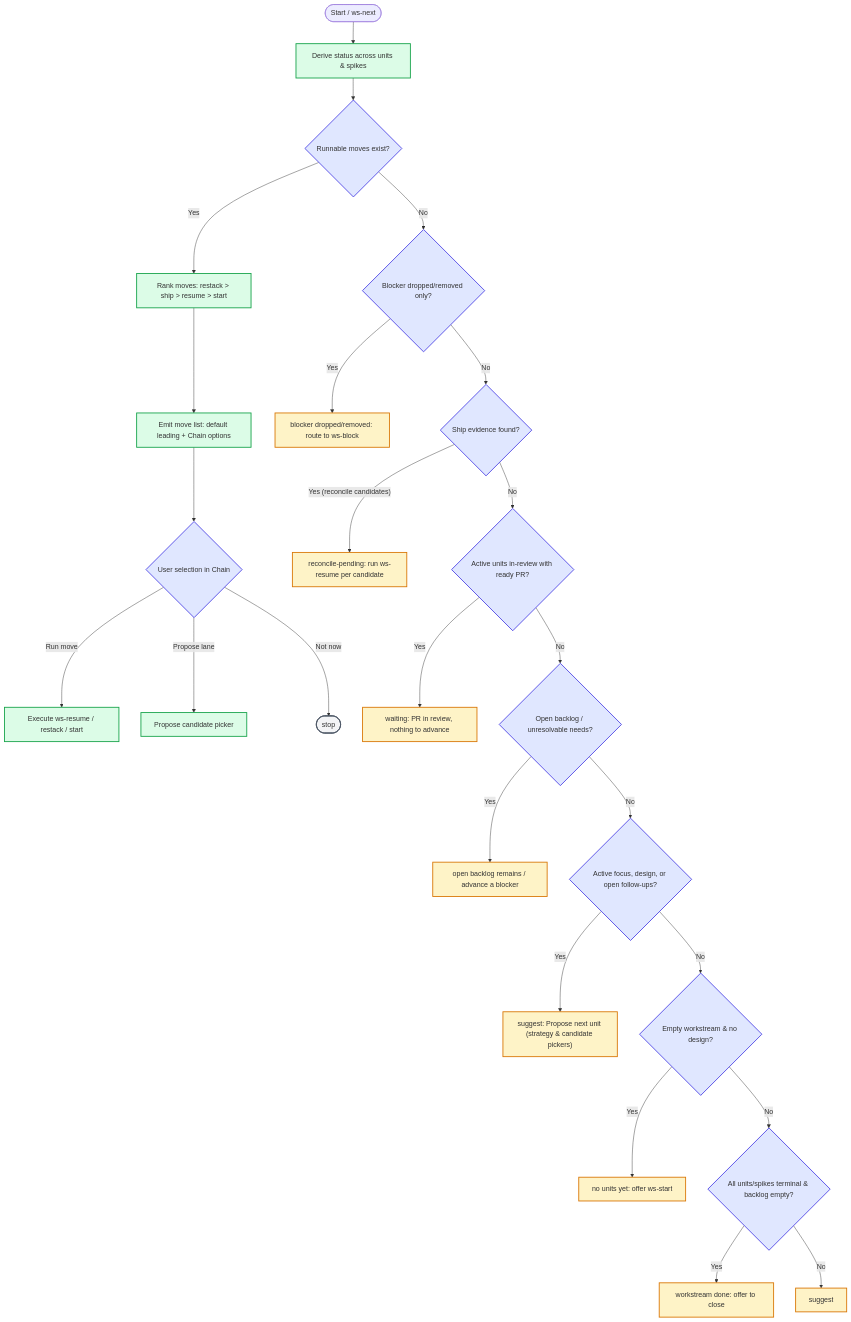
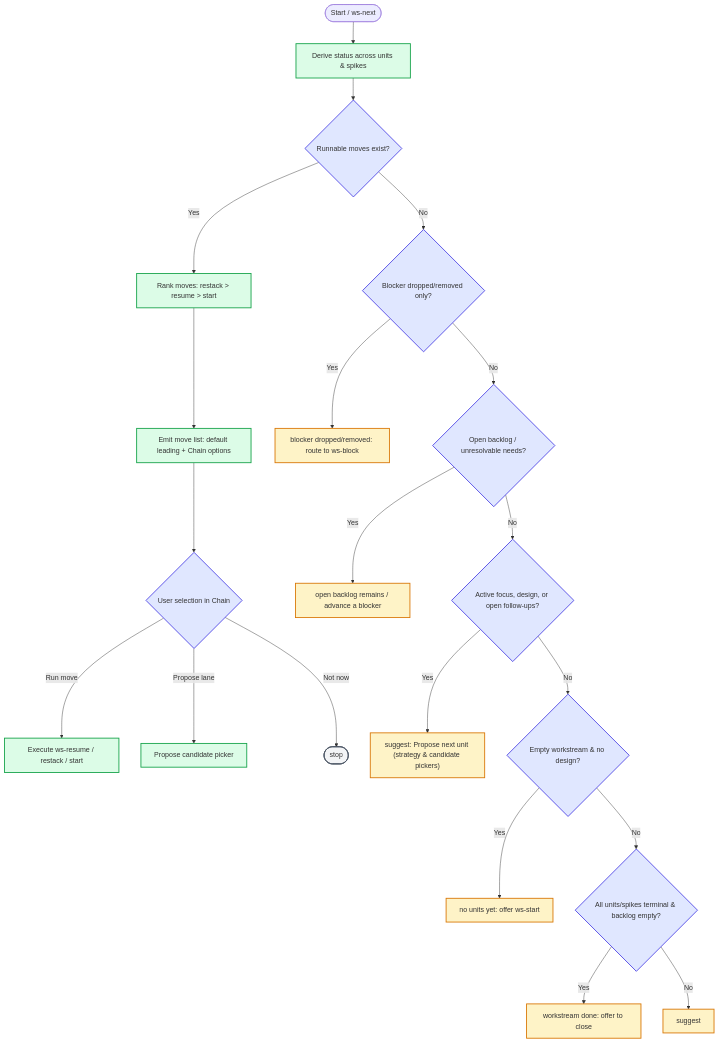
The diagram in plugins/workstreams/skills/ws/references/flows/diagrams/next-terminal.mmd (caioariede/claude-plugins), drawn with Mermaid before and after one commit. The commit also changed 24 other files, not shown here.

```diff
--- a/plugins/workstreams/skills/ws/references/flows/diagrams/next-terminal.mmd
+++ b/plugins/workstreams/skills/ws/references/flows/diagrams/next-terminal.mmd
@@ -1,43 +1,37 @@
 flowchart TD
     %% ws-next decision engine and terminal states
 
     start([Start / ws-next]) --> derive[Derive status across units & spikes]
     derive --> check_moves{Runnable moves exist?}
     
-    check_moves -- Yes --> rank_moves[Rank moves: restack > ship > resume > start]
+    check_moves -- Yes --> rank_moves[Rank moves: restack > resume > start]
     rank_moves --> moves[Emit move list: default leading + Chain options]
     moves --> chain_pick{User selection in Chain}
     chain_pick -- Run move --> execute_move[Execute ws-resume / restack / start]
     chain_pick -- Propose lane --> propose_picker[Propose candidate picker]
     chain_pick -- Not now --> stop_moves([stop])
     
     check_moves -- No --> check_triage{Blocker dropped/removed only?}
     check_triage -- Yes --> triage_drop[blocker dropped/removed: route to ws-block]
     
-    check_triage -- No --> check_reconcile{Ship evidence found?}
-    check_reconcile -- "Yes (reconcile candidates)" --> reconcile_pending["reconcile-pending: run ws-resume per candidate"]
-    
-    check_reconcile -- No --> check_waiting{Active units in-review with ready PR?}
-    check_waiting -- Yes --> waiting["waiting: PR in review, nothing to advance"]
-    
-    check_waiting -- No --> check_unresolvable{Open backlog / unresolvable needs?}
+    check_triage -- No --> check_unresolvable{Open backlog / unresolvable needs?}
     check_unresolvable -- Yes --> backlog_remains["open backlog remains / advance a blocker"]
     
     check_unresolvable -- No --> check_propose{Active focus, design, or open follow-ups?}
     check_propose -- Yes --> suggest["suggest: Propose next unit (strategy & candidate pickers)"]
     
     check_propose -- No --> check_empty_store{Empty workstream & no design?}
     check_empty_store -- Yes --> no_units["no units yet: offer ws-start"]
     check_empty_store -- No --> check_all_terminal{All units/spikes terminal & backlog empty?}
     check_all_terminal -- Yes --> ws_done["workstream done: offer to close"]
     check_all_terminal -- No --> fallback_suggest[suggest]
 
     classDef terminal fill:#f3f4f6,stroke:#4b5563,stroke-width:2px;
     classDef condition fill:#e0e7ff,stroke:#4f46e5,stroke-width:2px;
     classDef action fill:#dcfce7,stroke:#16a34a,stroke-width:2px;
     classDef state fill:#fef3c7,stroke:#d97706,stroke-width:2px;
 
     class done,stop_moves terminal;
-    class check_moves,check_triage,check_reconcile,check_waiting,check_unresolvable,check_propose,check_empty_store,check_all_terminal,chain_pick condition;
+    class check_moves,check_triage,check_unresolvable,check_propose,check_empty_store,check_all_terminal,chain_pick condition;
     class derive,rank_moves,moves,execute_move,propose_picker action;
-    class triage_drop,reconcile_pending,waiting,backlog_remains,suggest,no_units,ws_done,fallback_suggest state;
+    class triage_drop,backlog_remains,suggest,no_units,ws_done,fallback_suggest state;
```
